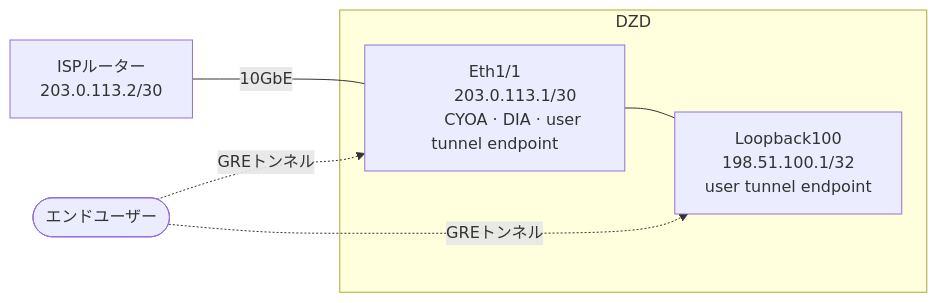
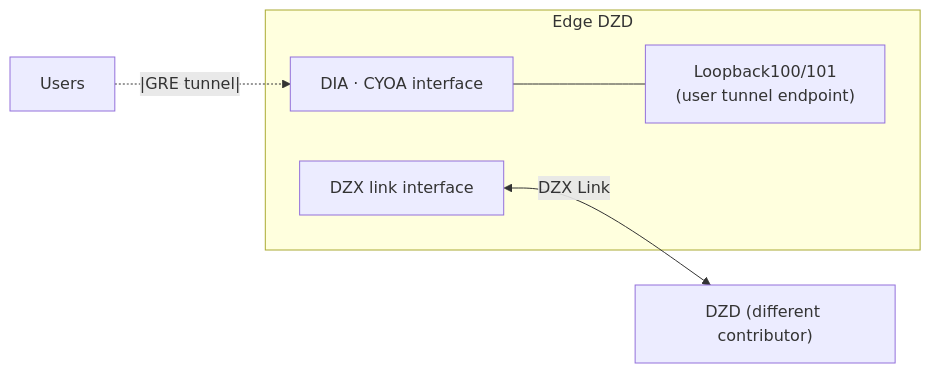
The fifth of 7 diagrams in docs/contribute-provisioning.ja.md (malbeclabs/docs), drawn with Mermaid before and after one commit. The commit also changed other lines of this file and 34 other files, not shown here.

````diff
--- a/docs/contribute-provisioning.ja.md
+++ b/docs/contribute-provisioning.ja.md
@@ -392,20 +320,12 @@
 ```mermaid
 flowchart LR
-    USERS(["エンドユーザー"])
-
-    subgraph DZD["DZD"]
-        E1["Eth1/1
-        203.0.113.1/30
-        CYOA · DIA · user tunnel endpoint"]
-        LO["Loopback100
-        198.51.100.1/32\n        user tunnel endpoint"]
-        E1 --- LO
+    subgraph EDZD[Edge DZD]
+        E_CYOA["DIA · CYOA interface"]
+        E_TUN["Loopback100/101
+        (user tunnel endpoint)"]
+        E_DZX["DZX link interface"]
+        E_CYOA --- E_TUN
     end
-
-    ISP["ISPルーター
-    203.0.113.2/30"]
-
-    ISP -- "10GbE" --- E1
-    USERS -. "GREトンネル" .-> E1
-    USERS -. "GREトンネル" .-> LO
+    EU["Users"] -.|GRE tunnel|.-> E_CYOA
+    E_DZX <-->|DZX Link| ED["DZD (different contributor)"]
 ```
````
